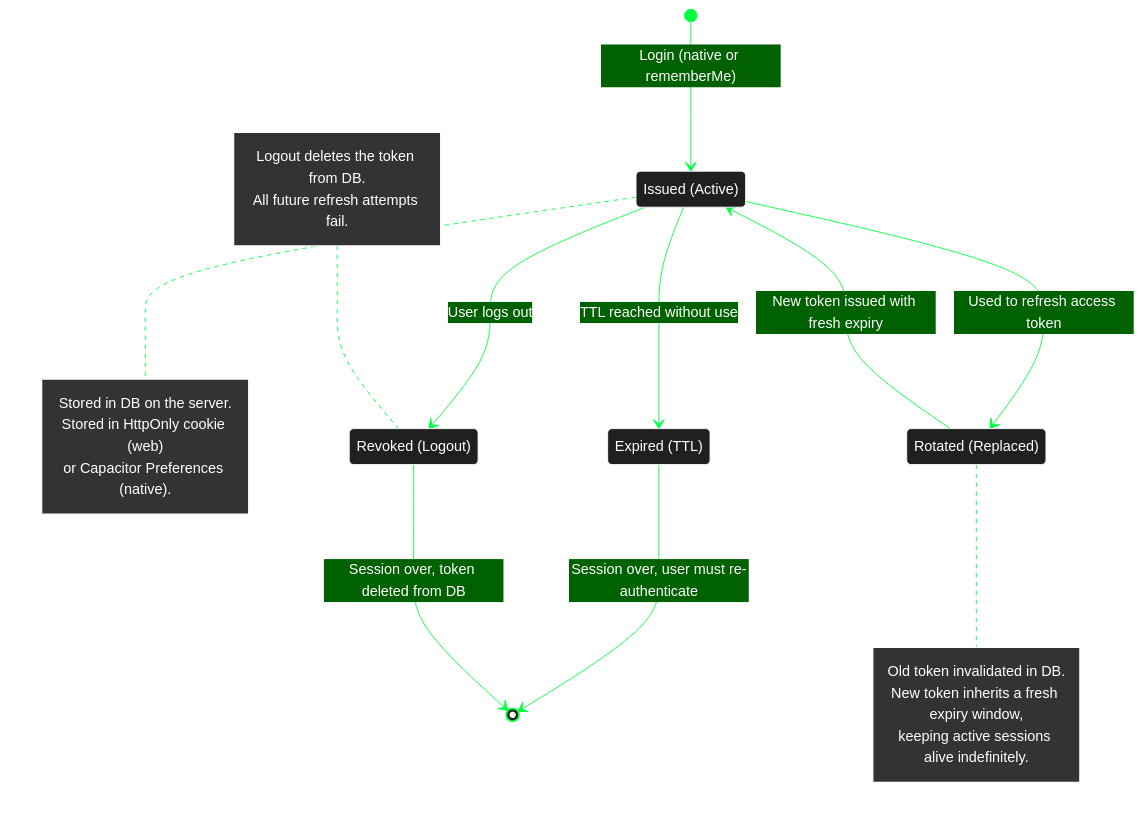
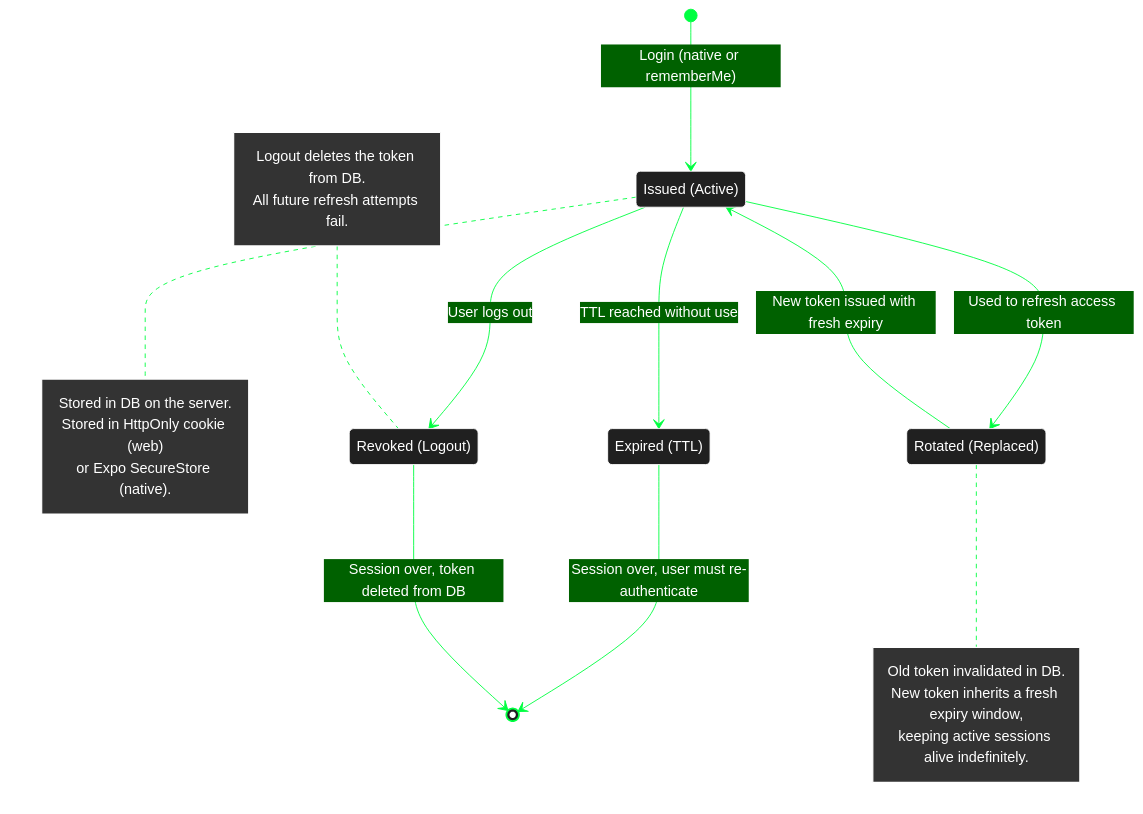
Before and after one commit to michaelgreenl/tally-tracker: the diagram in docs/diagrams/lifecycle/refresh-token.md, drawn with Mermaid. The commit also changed 213 other files, not shown here.

````diff
--- a/docs/diagrams/lifecycle/refresh-token.md
+++ b/docs/diagrams/lifecycle/refresh-token.md
@@ -3,52 +3,52 @@
 ```mermaid
 %%{
   init: {
     'theme': 'base',
     'themeVariables': {
       'primaryColor': '#202020',
       'primaryTextColor': '#fff',
       'primaryBorderColor': '#ffffff',
       'lineColor': '#00ff41',
       'secondaryColor': '#006100',
       'tertiaryColor': '#fff',
       'noteBkgColor': '#333',
       'noteTextColor': '#fff',
       'noteBorderColor': '#fff'
     }
   }
 }%%
 
 stateDiagram-v2
     [*] --> Issued: Login (native or rememberMe)
 
     state "Issued (Active)" as Issued
     state "Rotated (Replaced)" as Rotated
     state "Expired (TTL)" as Expired
     state "Revoked (Logout)" as Revoked
 
     Issued --> Rotated: Used to refresh access token
     Rotated --> Issued: New token issued with fresh expiry
 
     Issued --> Expired: TTL reached without use
     Issued --> Revoked: User logs out
 
     Expired --> [*]: Session over, user must re-authenticate
     Revoked --> [*]: Session over, token deleted from DB
 
     note right of Issued
         Stored in DB on the server.
         Stored in HttpOnly cookie (web)
-        or Capacitor Preferences (native).
+        or Expo SecureStore (native).
     end note
 
     note right of Rotated
         Old token invalidated in DB.
         New token inherits a fresh expiry window,
         keeping active sessions alive indefinitely.
     end note
 
     note left of Revoked
         Logout deletes the token from DB.
         All future refresh attempts fail.
     end note
 ```
````
